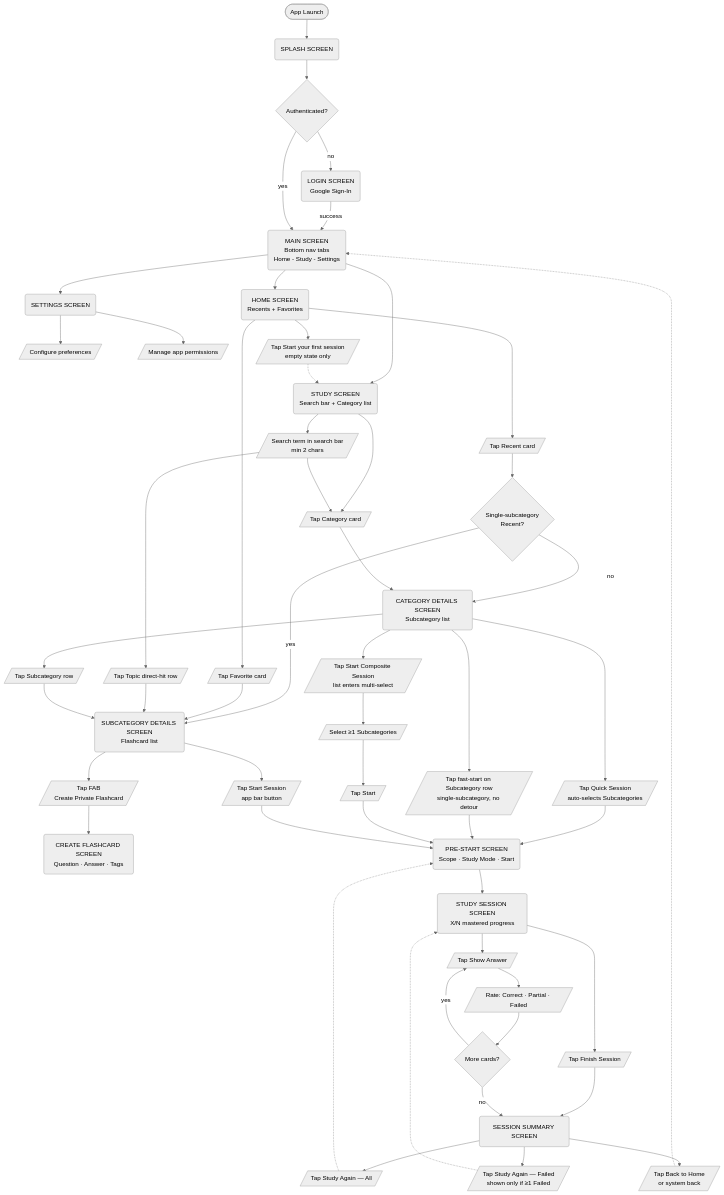
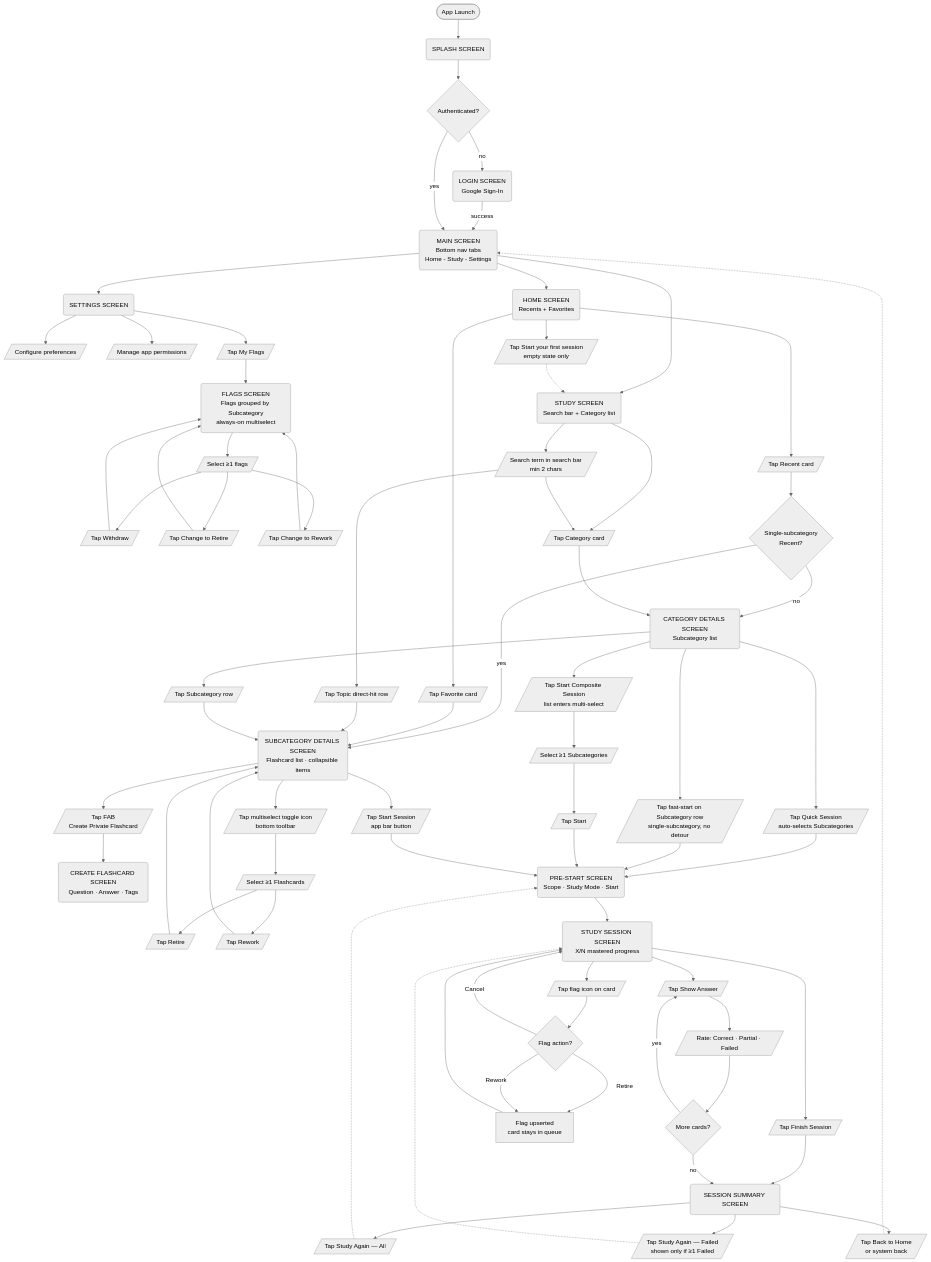
Before and after one commit to Haydart/Flashcards: the diagram in docs/user-flow.md, drawn with Mermaid (neutral theme).

Commit message:
docs(user-flow): add flags screen, subcategory multiselect, and in-session flag actions

```diff
--- a/docs/user-flow.md
+++ b/docs/user-flow.md
@@ -24,6 +24,18 @@
     Settings(SETTINGS SCREEN)
     Settings --> Prefs[/Configure preferences/]
     Settings --> Perms[/Manage app permissions/]
+    Settings --> TapMyFlags[/Tap My Flags/]
+    TapMyFlags --> FlagsScreen
+
+    %% ── Flags Screen ─────────────────────────────────────────
+    FlagsScreen(FLAGS SCREEN\nFlags grouped by Subcategory\nalways-on multiselect)
+    FlagsScreen --> SelectFlags[/Select ≥1 flags/]
+    SelectFlags --> WithdrawFlag[/Tap Withdraw/]
+    SelectFlags --> ChangeToRetire[/Tap Change to Retire/]
+    SelectFlags --> ChangeToRework[/Tap Change to Rework/]
+    WithdrawFlag --> FlagsScreen
+    ChangeToRetire --> FlagsScreen
+    ChangeToRework --> FlagsScreen
 
     %% ── Home ─────────────────────────────────────────────────
     Home(HOME SCREEN\nRecents + Favorites)
@@ -56,10 +68,16 @@
     TapSubcat --> SubcatDetails
 
     %% ── Subcategory Details ─────────────────────────────────
-    SubcatDetails(SUBCATEGORY DETAILS SCREEN\nFlashcard list)
+    SubcatDetails(SUBCATEGORY DETAILS SCREEN\nFlashcard list · collapsible items)
     SubcatDetails --> StartSession[/Tap Start Session\napp bar button/]
     SubcatDetails --> CreatePrivate[/Tap FAB\nCreate Private Flashcard/]
     CreatePrivate --> CreateFlashcard(CREATE FLASHCARD SCREEN\nQuestion · Answer · Tags)
+    SubcatDetails --> ToggleMultiselect[/Tap multiselect toggle icon\nbottom toolbar/]
+    ToggleMultiselect --> SelectFlashcards[/Select ≥1 Flashcards/]
+    SelectFlashcards --> BulkRetire[/Tap Retire/]
+    SelectFlashcards --> BulkRework[/Tap Rework/]
+    BulkRetire --> SubcatDetails
+    BulkRework --> SubcatDetails
 
     %% ── Pre-start Screen ────────────────────────────────────
     QuickSession --> PreStart
@@ -78,6 +96,12 @@
     Rate --> MoreCards{More cards?}
     MoreCards -->|yes| Reveal
     MoreCards -->|no| Summary
+    Session --> TapFlagIcon[/Tap flag icon on card/]
+    TapFlagIcon --> FlagDialog{Flag action?}
+    FlagDialog -->|Retire| FlagSaved[Flag upserted\ncard stays in queue]
+    FlagDialog -->|Rework| FlagSaved
+    FlagDialog -->|Cancel| Session
+    FlagSaved --> Session
 
     %% ── Session Summary ──────────────────────────────────────
     Summary(SESSION SUMMARY SCREEN)
```
